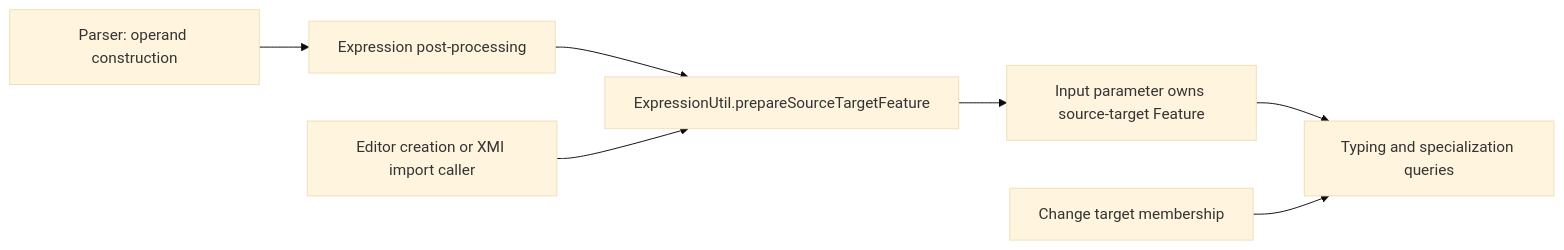
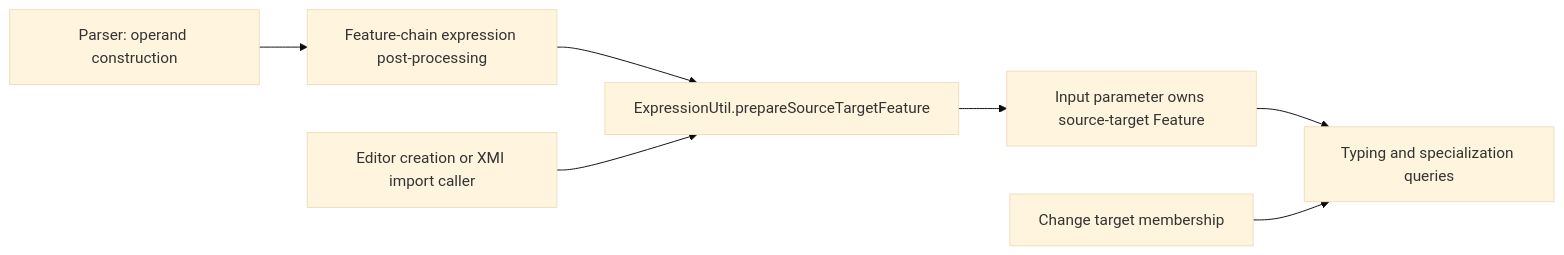
One commit to ObeoNetwork/SysML-v2-Pilot-Implementation changed the diagram in org.omg.sysml.logic/doc/feature-chain-preparation.md. Above: the diagram before and after it, drawn with Mermaid (base theme). The commit also changed other lines of this file and 3 other files, not shown here.

First line of the commit message:
ST6RI-981 - Use a dedicated feature-chain parser post-processor

````diff
--- a/org.omg.sysml.logic/doc/feature-chain-preparation.md
+++ b/org.omg.sysml.logic/doc/feature-chain-preparation.md
@@ -49,9 +50,9 @@
 ```mermaid
 flowchart LR
-    Parser[Parser: operand construction] --> Post[Expression post-processing]
+    Parser[Parser: operand construction] --> Post[Feature-chain expression post-processing]
     Post --> Prepare[ExpressionUtil.prepareSourceTargetFeature]
     Editor[Editor creation or XMI import caller] --> Prepare
     Prepare --> Structure[Input parameter owns source-target Feature]
     Structure --> Query[Typing and specialization queries]
     Edit[Change target membership] --> Query
 ```
````
